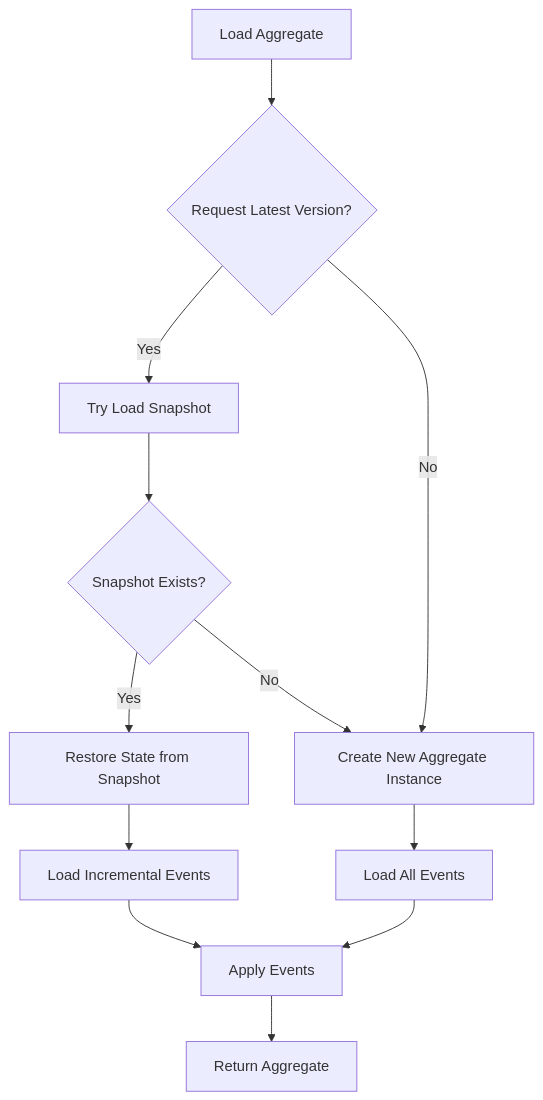
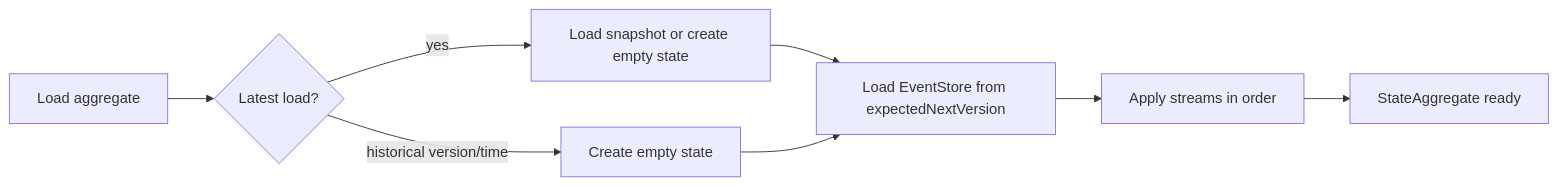
One commit to Ahoo-Wang/Wow changed the first of 2 diagrams in documentation/docs/en/guide/eventstore.md. Above: the diagram before and after it, drawn with Mermaid. The commit also changed other lines of this file and 166 other files, not shown here.

````diff
--- a/documentation/docs/en/guide/eventstore.md
+++ b/documentation/docs/en/guide/eventstore.md
@@ -91,14 +84,10 @@
 ```mermaid
-flowchart TD
-    A[Load Aggregate] --> B{Request Latest Version?}
-    B -->|Yes| C[Try Load Snapshot]
-    B -->|No| D[Create New Aggregate Instance]
-    C --> E{Snapshot Exists?}
-    E -->|Yes| F[Restore State from Snapshot]
-    E -->|No| D
-    F --> G[Load Incremental Events]
-    D --> H[Load All Events]
-    G --> I[Apply Events]
-    H --> I
-    I --> J[Return Aggregate]
+flowchart LR
+    Load[Load aggregate] --> Snapshot{Latest load?}
+    Snapshot -->|yes| Checkpoint[Load snapshot or create empty state]
+    Snapshot -->|historical version/time| Empty[Create empty state]
+    Checkpoint --> History[Load EventStore from expectedNextVersion]
+    Empty --> History
+    History --> Replay[Apply streams in order]
+    Replay --> Ready[StateAggregate ready]
 ```
````
